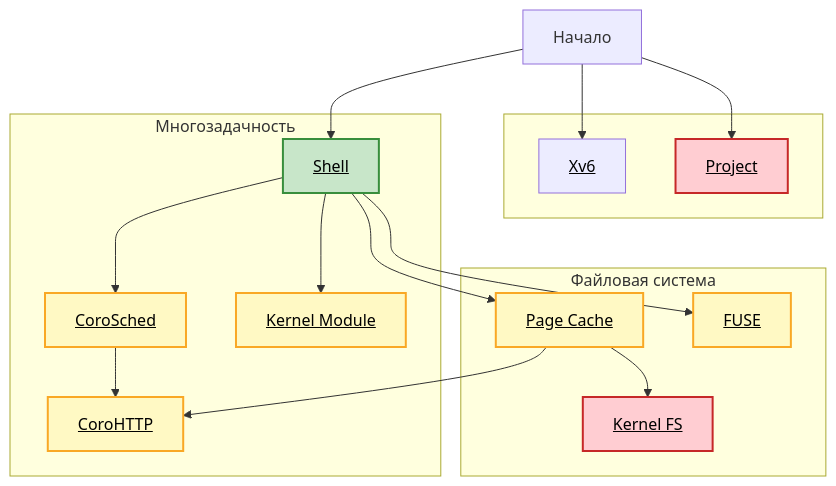
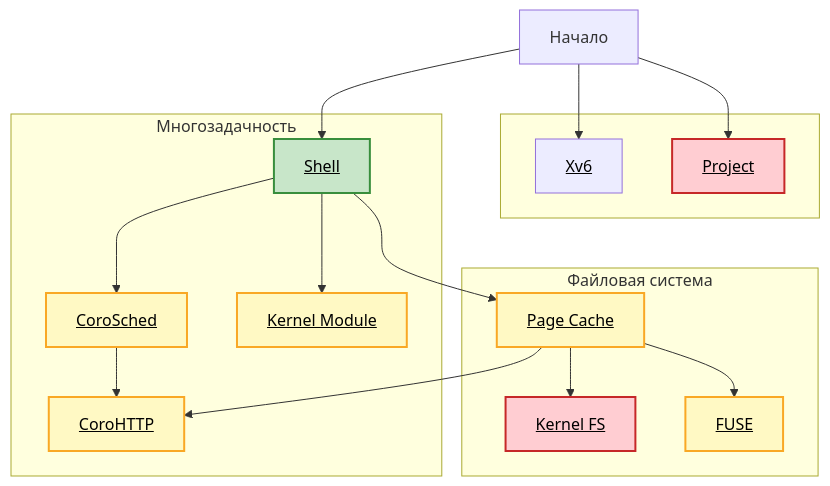
One commit to secs-dev/os-course changed the diagram in README.md. Above: the diagram before and after it, drawn with Mermaid.

Commit message:
Fix dependency

````diff
--- a/README.md
+++ b/README.md
@@ -23,50 +23,50 @@
 ```mermaid
 graph TD
     start["Начало"]
 
     subgraph other [" "]
         xv6["<a href='https://github.com/secs-dev/xv6-riscv' style='color:black;'>Xv6</a>"]
         project["<a href='https://github.com/secs-dev/os-course/blob/main/lab/project/README.md' style='color:black;'>Project</a>"]
     end
 
     subgraph fs ["Файловая система"]
         vtpc["<a href='https://github.com/secs-dev/os-course/blob/main/lab/vtpc/README.md' style='color:black;'>Page Cache</a>"]
         vtfs["<a href='https://github.com/secs-dev/os-course/blob/main/lab/vtfs/README.md' style='color:black;'>Kernel FS</a>"]
         fuse["<a href='https://github.com/secs-dev/os-course/blob/main/lab/fuse/README.md' style='color:black;'>FUSE</a>"]
     end
 
     subgraph mp ["Многозадачность"]
         vtsh["<a href='https://github.com/secs-dev/os-course/blob/main/lab/vtsh/README.md' style='color:black;'>Shell</a>"]
         corosched["<a href='https://github.com/secs-dev/os-course/blob/main/lab/corosched/README.md' style='color:black;'>CoroSched</a>"]
         corohttp["<a href='https://github.com/secs-dev/os-course/blob/main/lab/corohttp/README.md' style='color:black;'>CoroHTTP</a>"]
     end
 
     subgraph mp ["Linux"]
         vtkm["<a href='https://github.com/secs-dev/os-course/blob/main/lab/vtkm/README.md' style='color:black;'>Kernel Module</a>"]
     end
 
     start --> xv6
     start --> project
     start --> vtsh
     vtsh --> vtpc
     vtsh --> vtkm
     vtpc --> vtfs
-    vtsh --> fuse
+    vtpc --> fuse
     vtsh --> corosched
     vtpc --> corohttp
     corosched --> corohttp
 
     classDef free fill:#eceff1,stroke:#607d8b,stroke-width:2px,color:#37474f
     classDef easy fill:#c8e6c9,stroke:#388e3c,stroke-width:2px,color:#1b5e20
     classDef medium fill:#fff9c4,stroke:#f9a825,stroke-width:2px,color:#f57f17
     classDef hard fill:#ffcdd2,stroke:#c62828,stroke-width:2px,color:#b71c1c
 
     class project hard
     class vtsh easy
     class vtpc medium
     class vtkm medium
     class vtfs hard
     class fuse medium
     class corosched medium
     class corohttp medium
 ```
````
